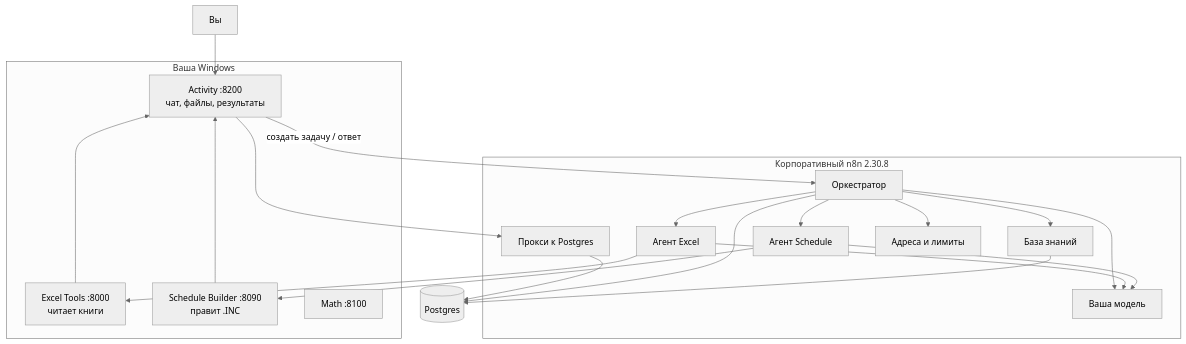
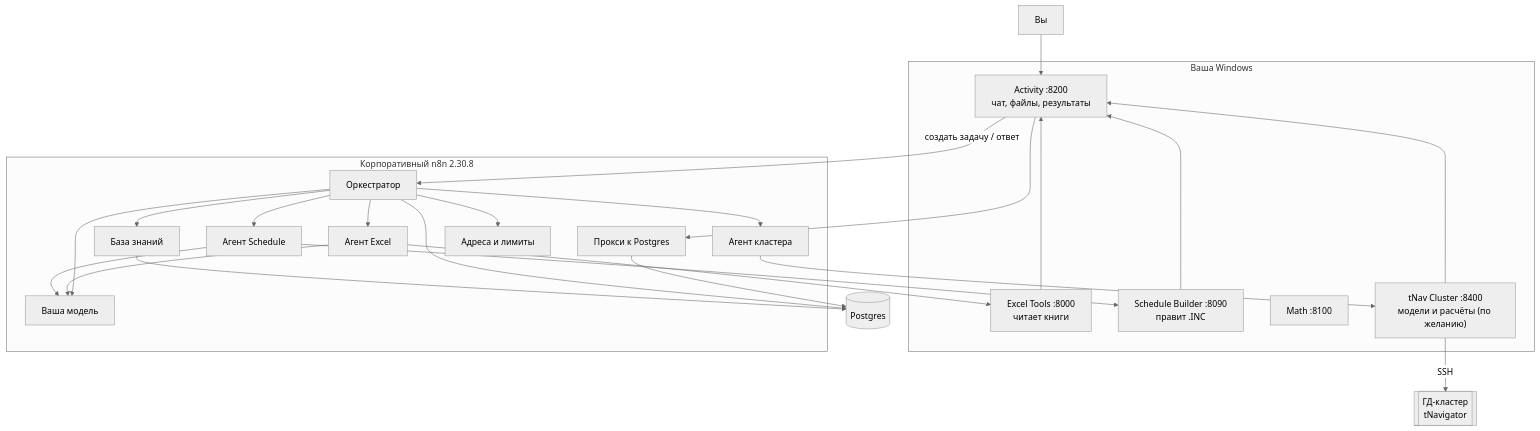
The diagram in docs.md (lun1tunes/omegalul), drawn with Mermaid (neutral theme) before and after one commit. The commit also changed other lines of this file and 58 other files, not shown here.

````diff
--- a/docs.md
+++ b/docs.md
@@ -13,40 +13,47 @@
 ```mermaid
 flowchart TB
   You[Вы] --> Activity["Activity :8200<br/>чат, файлы, результаты"]
 
   subgraph win [Ваша Windows]
     Activity
     ExcelSvc["Excel Tools :8000<br/>читает книги"]
     SchedSvc["Schedule Builder :8090<br/>правит .INC"]
     MathSvc["Math :8100"]
+    ClusterSvc["tNav Cluster :8400<br/>модели и расчёты (по желанию)"]
   end
 
   subgraph n8n [Корпоративный n8n 2.30.8]
     Orch[Оркестратор]
     ExcelA[Агент Excel]
     SchedA[Агент Schedule]
+    ClusterA[Агент кластера]
     Proxy[Прокси к Postgres]
     RAG[База знаний]
     Cfg[Адреса и лимиты]
     Model[Ваша модель]
   end
 
   PG[(Postgres)]
+  Cluster[["ГД-кластер<br/>tNavigator"]]
 
   Activity -->|создать задачу / ответ| Orch
   Activity --> Proxy
   Orch --> Model
   Orch --> ExcelA
   Orch --> SchedA
+  Orch --> ClusterA
   Orch --> RAG
   Orch --> Cfg
   ExcelA --> ExcelSvc
   SchedA --> SchedSvc
+  ClusterA --> ClusterSvc
   ExcelA --> Model
   SchedA --> Model
   ExcelSvc --> Activity
   SchedSvc --> Activity
+  ClusterSvc -->|SSH| Cluster
+  ClusterSvc --> Activity
   Proxy --> PG
   Orch --> PG
   RAG --> PG
 ```
````
